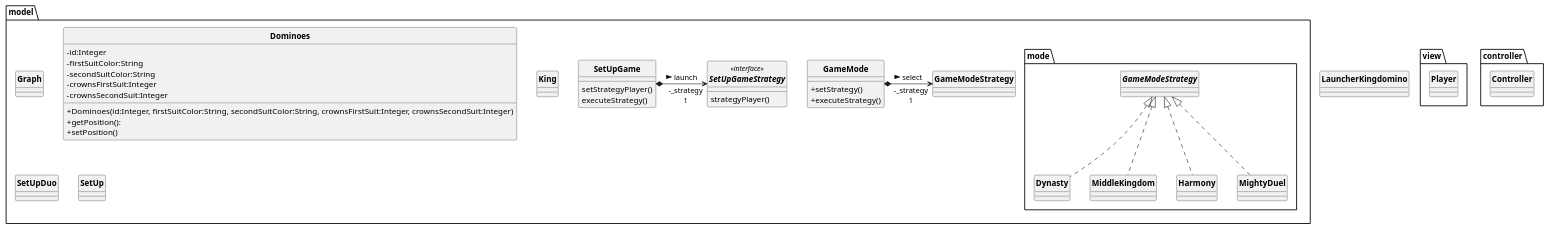
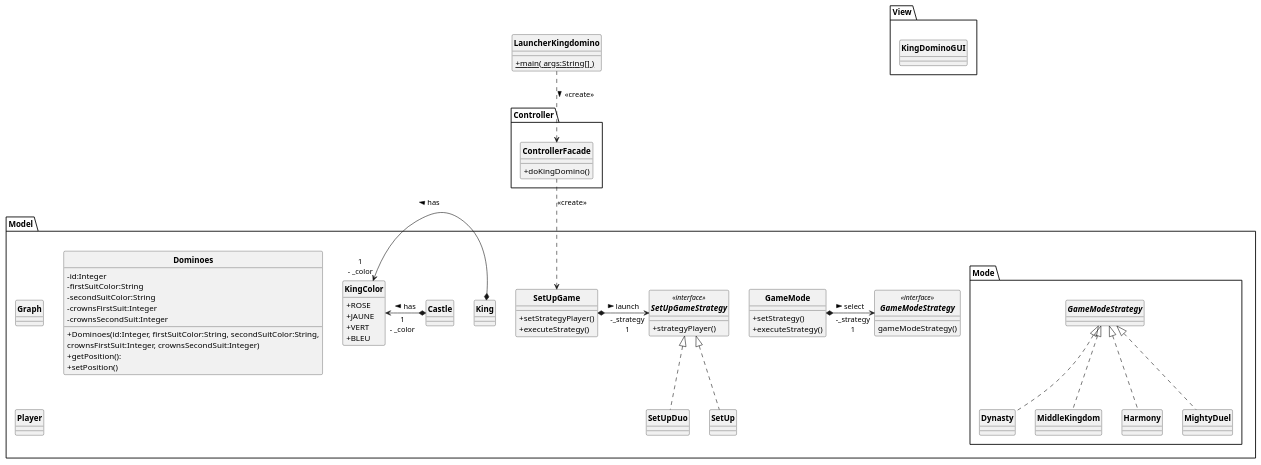
The diagram in UML/kingdomino.puml (jvondermarck/kingdomino), drawn with PlantUML before and after one commit.

Commit message:
MAJ UML V1 : ajout de classes
kingdomino.puml :
 - ajout d'une énumération
 - Ajout d'une classe dans le Controlleur
 - Ajout de quelque relations

```diff
--- a/UML/kingdomino.puml
+++ b/UML/kingdomino.puml
@@ -1,93 +1,118 @@
 @startuml
 skinparam style strictuml
 skinparam classAttributeIconSize 0
 skinparam classFontStyle Bold
 hide enum methods
 
 class LauncherKingdomino{
-
+    + {static} main( args:String[] )
 }
 
-package model{
+package Model{
     class Graph {
 
     }
 
     class Dominoes {
        -id:Integer
        -firstSuitColor:String
        -secondSuitColor:String
        -crownsFirstSuit:Integer
        -crownsSecondSuit:Integer
-       +Dominoes(id:Integer, firstSuitColor:String, secondSuitColor:String, crownsFirstSuit:Integer, crownsSecondSuit:Integer)
+
+       +Dominoes(id:Integer, firstSuitColor:String, secondSuitColor:String,
+       crownsFirstSuit:Integer, crownsSecondSuit:Integer)
        +getPosition():
        +setPosition()
     }
 
     class King{
+
+    }
+
+    class Castle {
 
     }
 
     class GameMode{
         +setStrategy()
         +executeStrategy()
     }
 
     GameMode *-> "-_strategy\n1"GameModeStrategy : > select
+    interface GameModeStrategy<<interface>>{
+        gameModeStrategy()
+    }
 
 
-
-    package mode{
+    package Mode{
         class Dynasty implements GameModeStrategy{
 
         }
 
         class MiddleKingdom implements GameModeStrategy{
 
         }
 
         class Harmony implements GameModeStrategy{
 
         }
 
         class MightyDuel implements GameModeStrategy{
 
         }
     }
 
     class SetUpGame{
-        setStrategyPlayer()
-        executeStrategy()
+        +setStrategyPlayer()
+        +executeStrategy()
     }
 
     interface SetUpGameStrategy<<interface>>{
-        strategyPlayer()
+        +strategyPlayer()
     }
 
     SetUpGame *-> "-_strategy\n1"SetUpGameStrategy : > launch
 
-    class SetUpDuo
+    class SetUpDuo implements SetUpGameStrategy
     {
 
     }
 
-    class SetUp
+    class SetUp implements SetUpGameStrategy
+    {
 
+    }
 
+    class Player {
+
+    }
+
+    enum KingColor {
+        +ROSE
+        +JAUNE
+        +VERT
+        +BLEU
+    }
 
 }
 
-package view {
-    class Player {
+package View {
+    class KingDominoGUI
+    {
 
     }
 }
 
-package controller {
-    class Controller{
-
+package Controller {
+    class ControllerFacade{
+        +doKingDomino()
     }
 }
 
+LauncherKingdomino ..> ControllerFacade : <<create>> >
+ControllerFacade ..> SetUpGame : <<create>>
+King *-l-> "1\n- _color" KingColor : has >
+Castle *-l-> "1\n- _color" KingColor : has >
 
 @enduml
```
